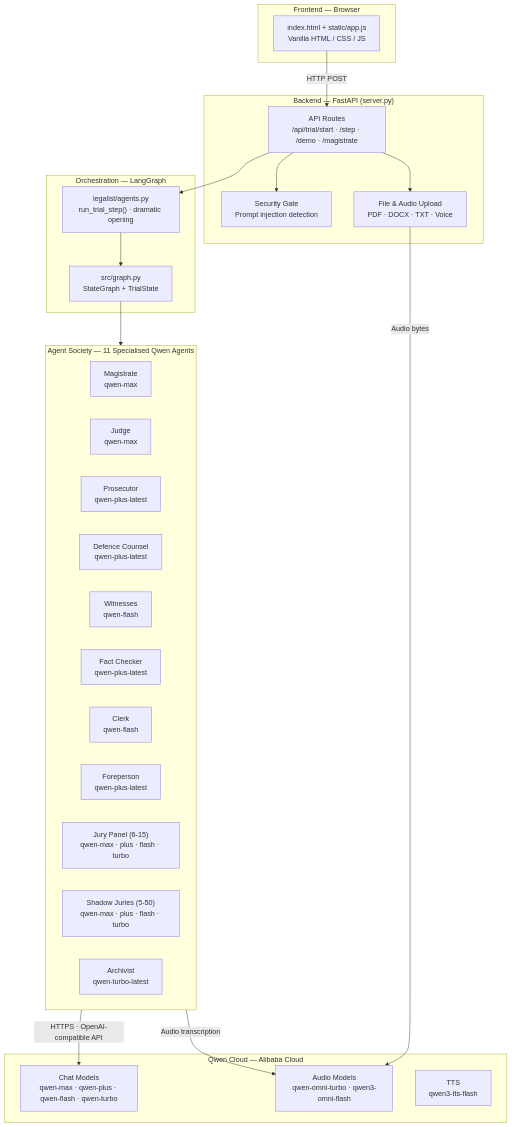
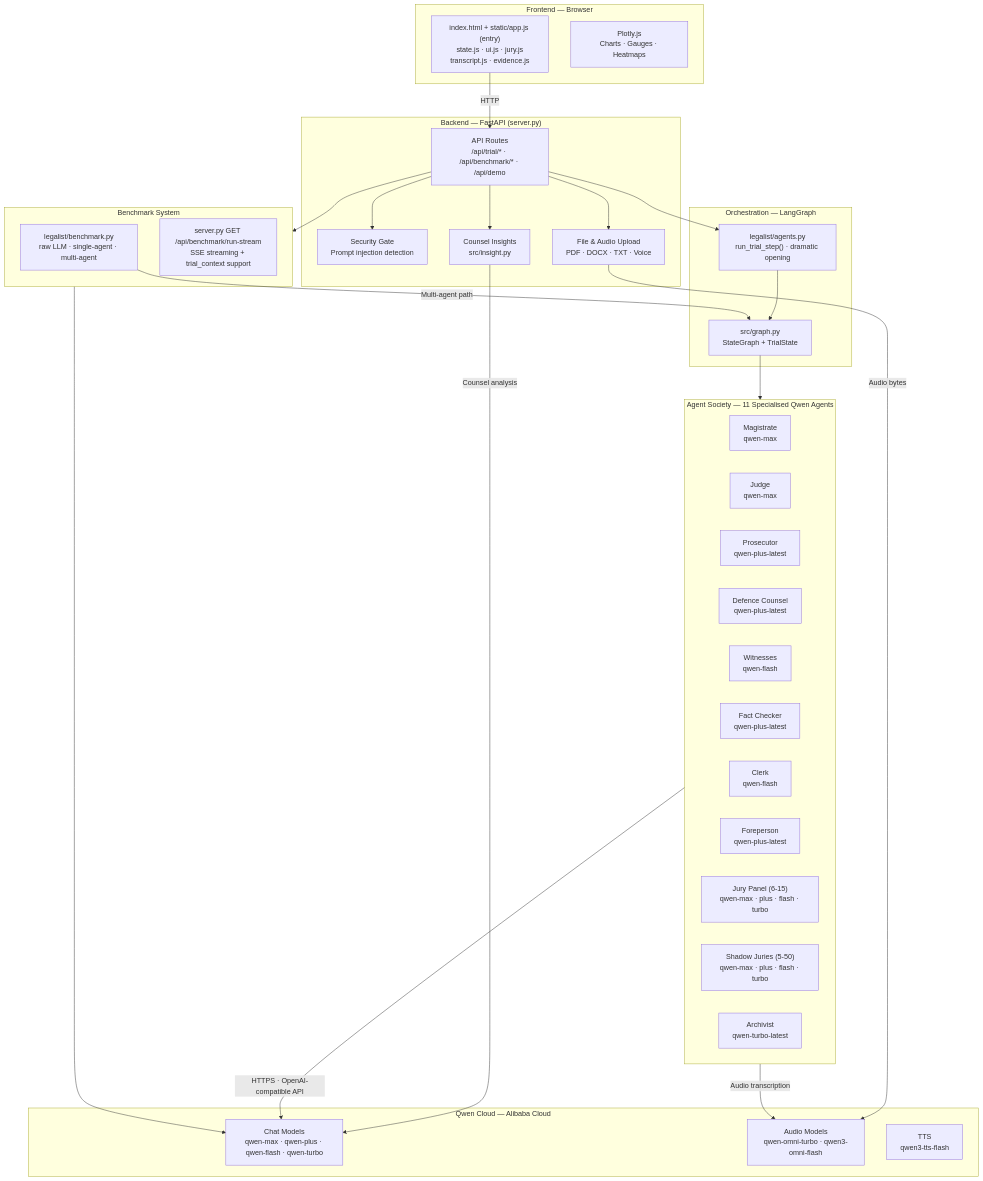
One commit to olatonrain/codex-legalis changed the diagram in docs/ARCHITECTURE.md. Above: the diagram before and after it, drawn with Mermaid. The commit also changed other lines of this file and 7 other files, not shown here.

````diff
--- a/docs/ARCHITECTURE.md
+++ b/docs/ARCHITECTURE.md
@@ -10,47 +27,59 @@
 ```mermaid
 flowchart TD
     subgraph FRONTEND["Frontend — Browser"]
-        UI["index.html + static/app.js<br/>Vanilla HTML / CSS / JS"]
+        UI["index.html + static/app.js (entry)<br/>state.js · ui.js · jury.js<br/>transcript.js · evidence.js"]
+        CHART["Plotly.js<br/>Charts · Gauges · Heatmaps"]
     end
 
     subgraph BACKEND["Backend — FastAPI (server.py)"]
-        API["API Routes<br/>/api/trial/start · /step · /demo · /magistrate"]
+        API["API Routes<br/>/api/trial/* · /api/benchmark/* · /api/demo"]
         SEC["Security Gate<br/>Prompt injection detection"]
         UPLOAD["File & Audio Upload<br/>PDF · DOCX · TXT · Voice"]
+        INSIGHT["Counsel Insights<br/>src/insight.py"]
     end
 
     subgraph ORCHESTRATION["Orchestration — LangGraph"]
         GRAPH["src/graph.py<br/>StateGraph + TrialState"]
         RUNNER["legalist/agents.py<br/>run_trial_step() · dramatic opening"]
     end
 
     subgraph AGENTS["Agent Society — 11 Specialised Qwen Agents"]
         MAG["Magistrate<br/>qwen-max"]
         JUD["Judge<br/>qwen-max"]
         PROS["Prosecutor<br/>qwen-plus-latest"]
         DEF["Defence Counsel<br/>qwen-plus-latest"]
         WIT["Witnesses<br/>qwen-flash"]
         FC["Fact Checker<br/>qwen-plus-latest"]
         CLK["Clerk<br/>qwen-flash"]
         FP["Foreperson<br/>qwen-plus-latest"]
         JURY["Jury Panel (6-15)<br/>qwen-max · plus · flash · turbo"]
         SHADOW["Shadow Juries (5-50)<br/>qwen-max · plus · flash · turbo"]
         ARCH["Archivist<br/>qwen-turbo-latest"]
     end
 
+    subgraph BENCHMARK["Benchmark System"]
+        BM["legalist/benchmark.py<br/>raw LLM · single-agent · multi-agent"]
+        SSE["server.py GET /api/benchmark/run-stream<br/>SSE streaming + trial_context support"]
+    end
+
     subgraph QWEN["Qwen Cloud — Alibaba Cloud"]
         CHAT["Chat Models<br/>qwen-max · qwen-plus · qwen-flash · qwen-turbo"]
         AUDIO["Audio Models<br/>qwen-omni-turbo · qwen3-omni-flash"]
         TTS["TTS<br/>qwen3-tts-flash"]
     end
 
-    UI -->|"HTTP POST"| API
+    UI -->|"HTTP"| API
     API --> SEC
     API --> UPLOAD
     API --> RUNNER
+    API --> INSIGHT
+    API --> BENCHMARK
     RUNNER --> GRAPH
     GRAPH --> AGENTS
     UPLOAD -->|"Audio bytes"| AUDIO
     AGENTS -->|"HTTPS · OpenAI-compatible API"| CHAT
     AGENTS -->|"Audio transcription"| AUDIO
+    INSIGHT -->|"Counsel analysis"| CHAT
+    BM -->|"Multi-agent path"| GRAPH
+    BENCHMARK --> CHAT
 ```
````
